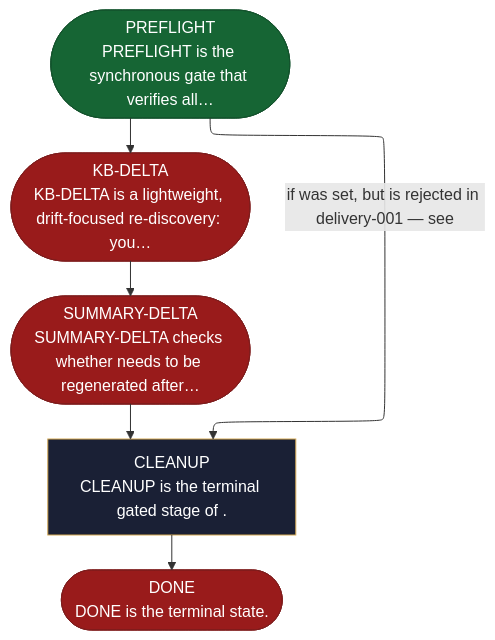
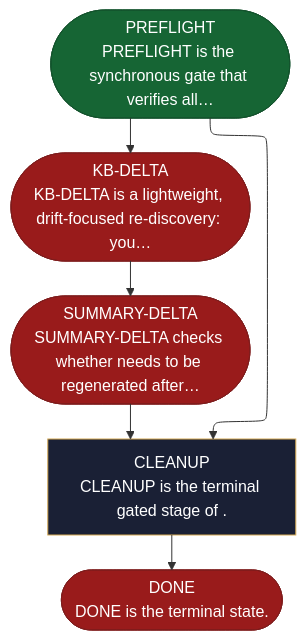
The diagram in site/src/content/docs/skills/aid-housekeep.md (AndreVianna/aid-methodology), drawn with Mermaid before and after one commit. The commit also changed 9 other files, not shown here.

````diff
--- a/site/src/content/docs/skills/aid-housekeep.md
+++ b/site/src/content/docs/skills/aid-housekeep.md
@@ -20,38 +20,38 @@
 ```mermaid
 ---
 config:
   layout: elk
   flowchart:
     nodeSpacing: 55
     rankSpacing: 65
     padding: 12
     useMaxWidth: true
 ---
 flowchart TB
   classDef aidNode color:#fff
   classDef aidEntry fill:#166534,stroke:#14532d,color:#fff
   classDef aidExit fill:#991b1b,stroke:#7f1d1d,color:#fff
   classDef aidDecision fill:#92400e,stroke:#78350f,color:#fff
   classDef aidLoopBack fill:#1e3a8a,stroke:#1e3a8a,color:#fff
   classDef aidStep fill:#1a2035,stroke:#d4a853,color:#f1f5f9
   n1(["PREFLIGHT<br/>PREFLIGHT is the synchronous gate that verifies all…"])
   n2(["KB-DELTA<br/>KB-DELTA is a lightweight, drift-focused re-discovery: you…"])
   n3(["SUMMARY-DELTA<br/>SUMMARY-DELTA checks whether needs to be regenerated after…"])
   n4["CLEANUP<br/>CLEANUP is the terminal gated stage of ."]
   n5(["DONE<br/>DONE is the terminal state."])
   n1 --> n2
-  n1 -->|"if was set, but is rejected in delivery-001 — see"| n4
+  n1 --> n4
   n2 --> n3
   n3 --> n4
   n4 --> n5
   class n1 aidEntry
   class n2 aidExit
   class n3 aidExit
   class n4 aidStep
   class n5 aidExit
   class n1 aidNode
   class n2 aidNode
   class n3 aidNode
   class n4 aidNode
   class n5 aidNode
 ```
````
